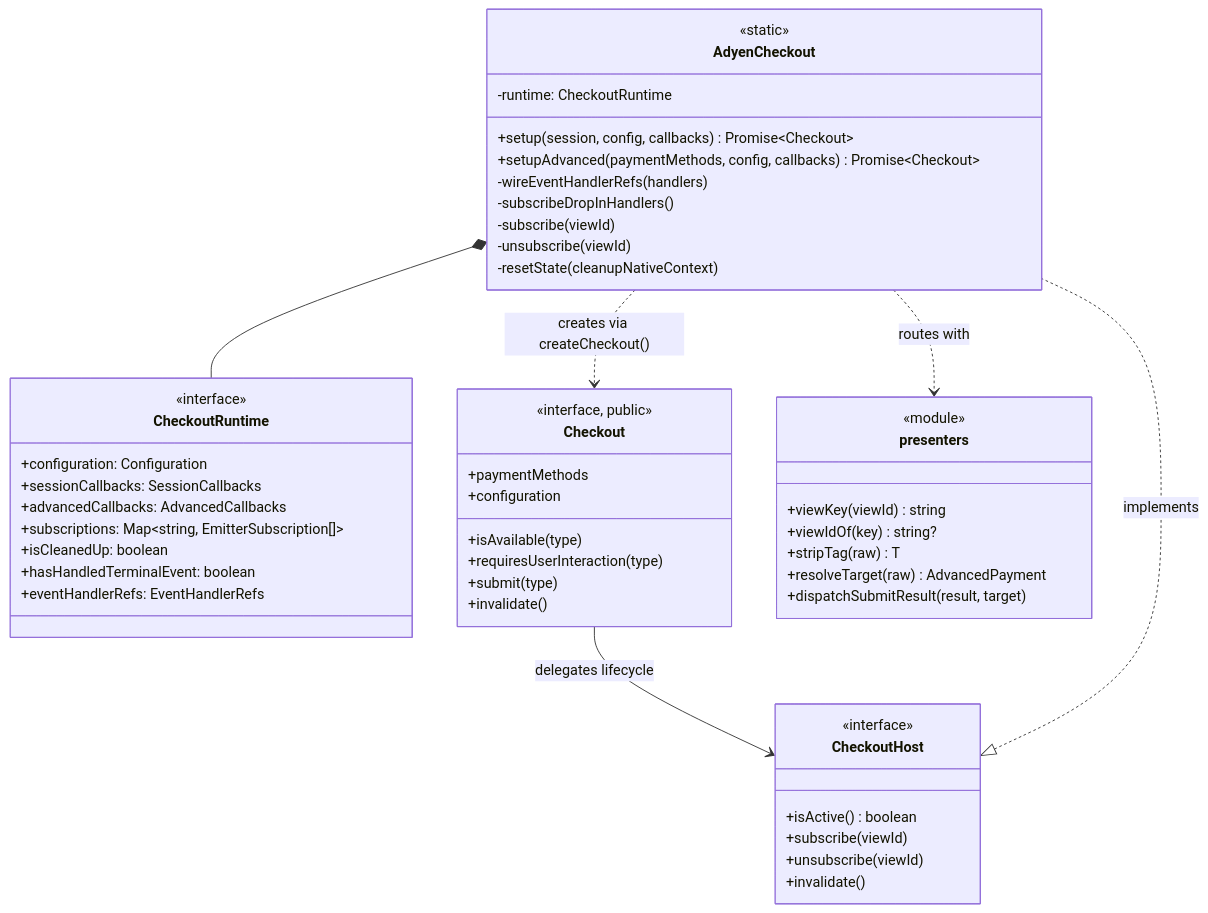
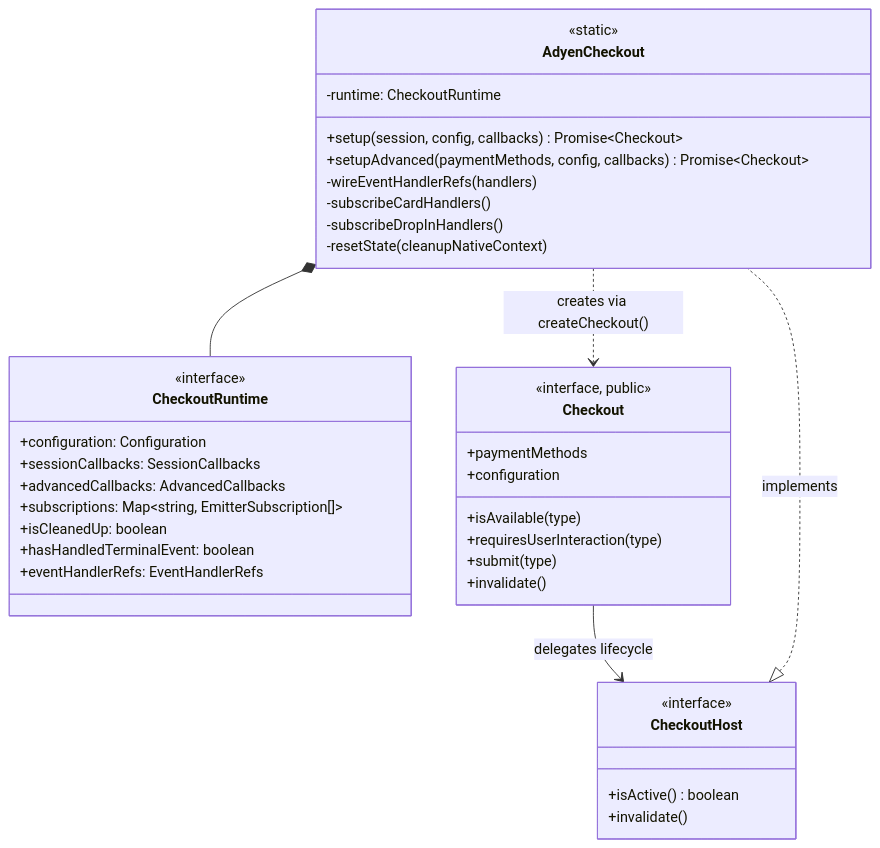
The second of 6 diagrams in docs/js-architecture.md (Adyen/adyen-react-native), drawn with Mermaid before and after one commit. The commit also changed other lines of this file and 2 other files, not shown here.

````diff
--- a/docs/js-architecture.md
+++ b/docs/js-architecture.md
@@ -45,58 +45,45 @@
 ```mermaid
 classDiagram
   class AdyenCheckout {
     <<static>>
     -runtime: CheckoutRuntime
     +setup(session, config, callbacks) Promise~Checkout~
     +setupAdvanced(paymentMethods, config, callbacks) Promise~Checkout~
     -wireEventHandlerRefs(handlers)
+    -subscribeCardHandlers()
     -subscribeDropInHandlers()
-    -subscribe(viewId)
-    -unsubscribe(viewId)
     -resetState(cleanupNativeContext)
   }
 
   class CheckoutRuntime {
     <<interface>>
     +configuration: Configuration
     +sessionCallbacks: SessionCallbacks
     +advancedCallbacks: AdvancedCallbacks
     +subscriptions: Map~string, EmitterSubscription[]~
     +isCleanedUp: boolean
     +hasHandledTerminalEvent: boolean
     +eventHandlerRefs: EventHandlerRefs
   }
 
   class Checkout {
     <<interface, public>>
     +paymentMethods
     +configuration
     +isAvailable(type)
     +requiresUserInteraction(type)
     +submit(type)
     +invalidate()
   }
 
   class CheckoutHost {
     <<interface>>
     +isActive() boolean
-    +subscribe(viewId)
-    +unsubscribe(viewId)
     +invalidate()
   }
 
-  class presenters {
-    <<module>>
-    +viewKey(viewId) string
-    +viewIdOf(key) string?
-    +stripTag(raw) T
-    +resolveTarget(raw) AdvancedPayment
-    +dispatchSubmitResult(result, target)
-  }
-
   AdyenCheckout *-- CheckoutRuntime
-  AdyenCheckout ..> presenters : routes with
   AdyenCheckout ..> Checkout : creates via createCheckout()
   Checkout --> CheckoutHost : delegates lifecycle
   CheckoutHost <|.. AdyenCheckout : implements
 ```
````
